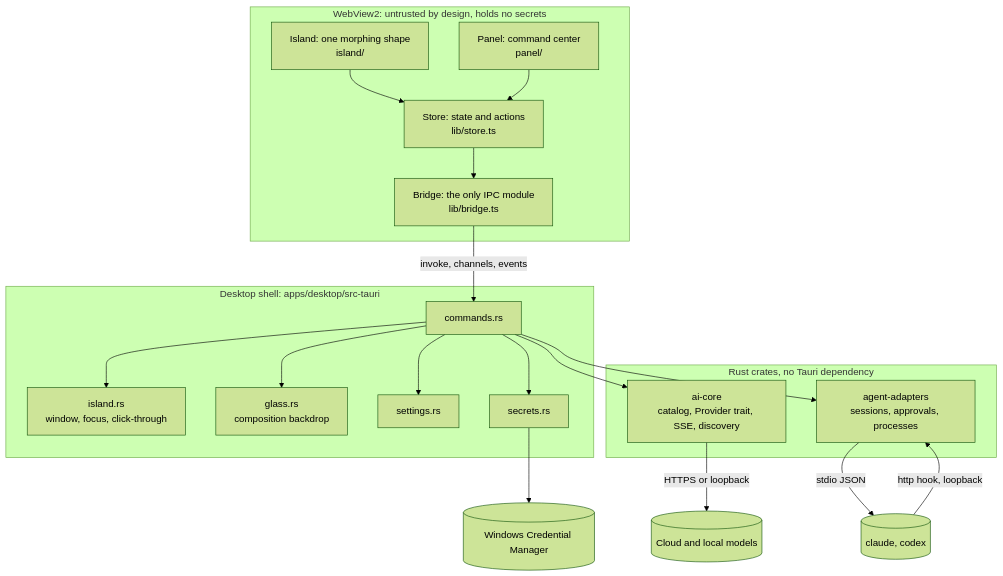
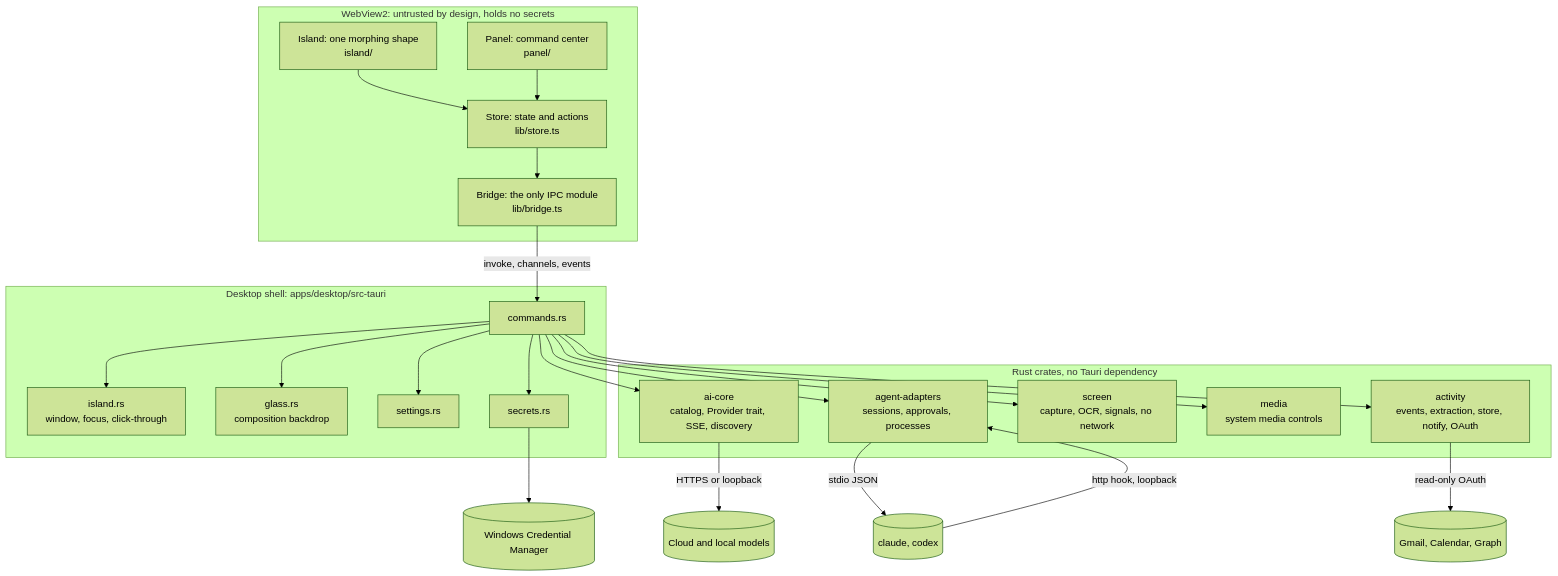
One commit to ShashikantSingh09/meridian changed the first of 4 diagrams in docs/ARCHITECTURE.md. Above: the diagram before and after it, drawn with Mermaid (forest theme). The commit also changed other lines of this file and 86 other files, not shown here.

````diff
--- a/docs/ARCHITECTURE.md
+++ b/docs/ARCHITECTURE.md
@@ -6,32 +6,36 @@
 ```mermaid
 flowchart TB
   subgraph Webview["WebView2: untrusted by design, holds no secrets"]
     Island["Island: one morphing shape\nisland/"]
     Panel["Panel: command center\npanel/"]
     Store["Store: state and actions\nlib/store.ts"]
     Bridge["Bridge: the only IPC module\nlib/bridge.ts"]
     Island --> Store
     Panel --> Store
     Store --> Bridge
   end
 
   subgraph Shell["Desktop shell: apps/desktop/src-tauri"]
     Commands["commands.rs"]
     Win["island.rs\nwindow, focus, click-through"]
     Glass["glass.rs\ncomposition backdrop"]
     Settings["settings.rs"]
     Secrets["secrets.rs"]
   end
 
   subgraph Crates["Rust crates, no Tauri dependency"]
     AI["ai-core\ncatalog, Provider trait, SSE, discovery"]
     Agents["agent-adapters\nsessions, approvals, processes"]
+    Screen["screen\ncapture, OCR, signals, no network"]
+    MediaC["media\nsystem media controls"]
+    Activity["activity\nevents, extraction, store, notify, OAuth"]
   end
 
   Bridge -- "invoke, channels, events" --> Commands
-  Commands --> Win & Glass & Settings & Secrets & AI & Agents
+  Commands --> Win & Glass & Settings & Secrets & AI & Agents & Screen & MediaC & Activity
+  Activity -- "read-only OAuth" --> Mail[("Gmail, Calendar, Graph")]
   AI -- HTTPS or loopback --> LLM[("Cloud and local models")]
   Agents -- "stdio JSON" --> CLI[("claude, codex")]
   CLI -- "http hook, loopback" --> Agents
   Secrets --> Cred[("Windows Credential Manager")]
 ```
````
